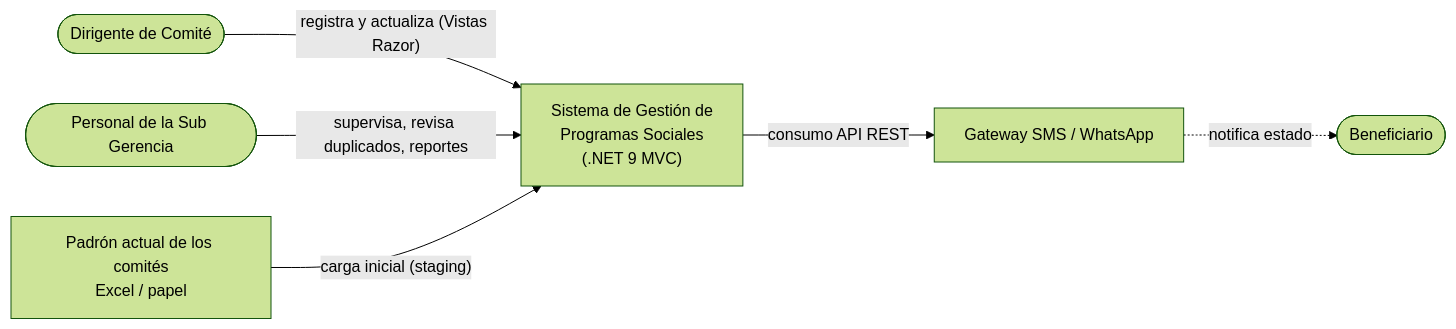
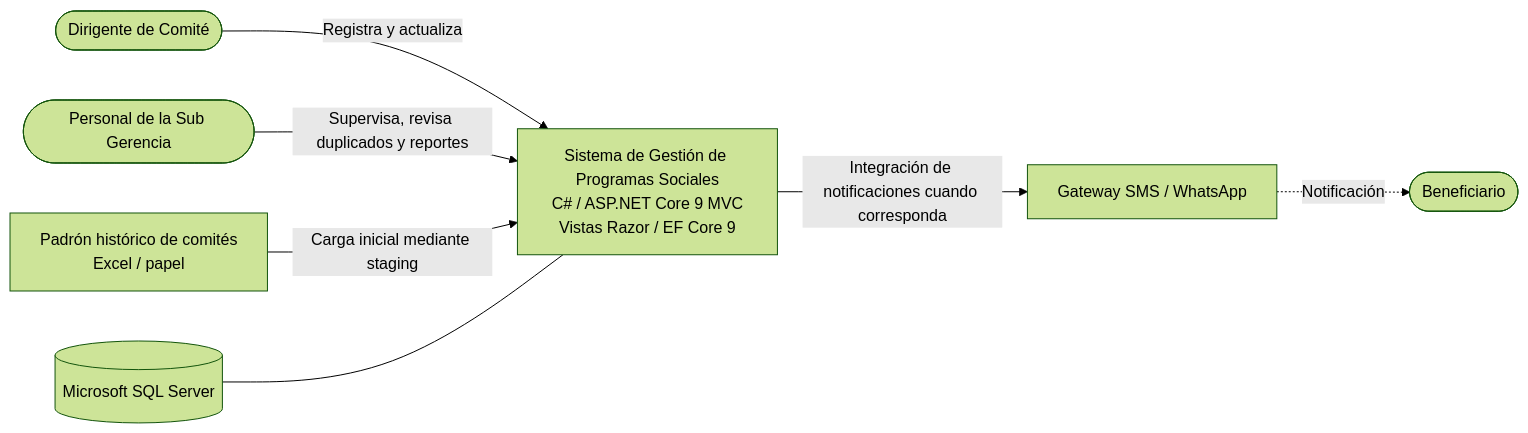
Before and after one commit to Yey-Cardenas/ProgramasSociales-arquitSoft: the second of 2 diagrams in arquitectura/arquitectura-inicial.md, drawn with Mermaid (forest theme). The commit also changed other lines of this file, not shown here.

Commit message:
docs: alinear arquitectura inicial con stack del README

````diff
--- a/arquitectura/arquitectura-inicial.md
+++ b/arquitectura/arquitectura-inicial.md
@@ -81,9 +84,10 @@
 ```mermaid
 flowchart LR
-    Dirigente(["Dirigente de Comité"]) -->|"registra y actualiza (Vistas Razor)"| SGPS
-    Sub(["Personal de la Sub Gerencia"]) -->|"supervisa, revisa duplicados, reportes"| SGPS
-    SGPS["Sistema de Gestión de<br/>Programas Sociales<br/>(.NET 9 MVC)"]
-    SGPS -->|"consumo API REST"| GW["Gateway SMS / WhatsApp"]
-    GW -.->|"notifica estado"| Benef(["Beneficiario"])
-    Excel["Padrón actual de los comités<br/>Excel / papel"] -->|"carga inicial (staging)"| SGPS
+    Dirigente(["Dirigente de Comité"]) -->|"Registra y actualiza"| SGPS
+    Sub(["Personal de la Sub Gerencia"]) -->|"Supervisa, revisa duplicados y reportes"| SGPS
+    SGPS["Sistema de Gestión de Programas Sociales<br/>C# / ASP.NET Core 9 MVC<br/>Vistas Razor / EF Core 9"]
+    SGPS -->|"Integración de notificaciones cuando corresponda"| GW["Gateway SMS / WhatsApp"]
+    GW -.->|"Notificación"| Benef(["Beneficiario"])
+    Excel["Padrón histórico de comités<br/>Excel / papel"] -->|"Carga inicial mediante staging"| SGPS
+    DB[("Microsoft SQL Server")] --- SGPS
 ```
````
